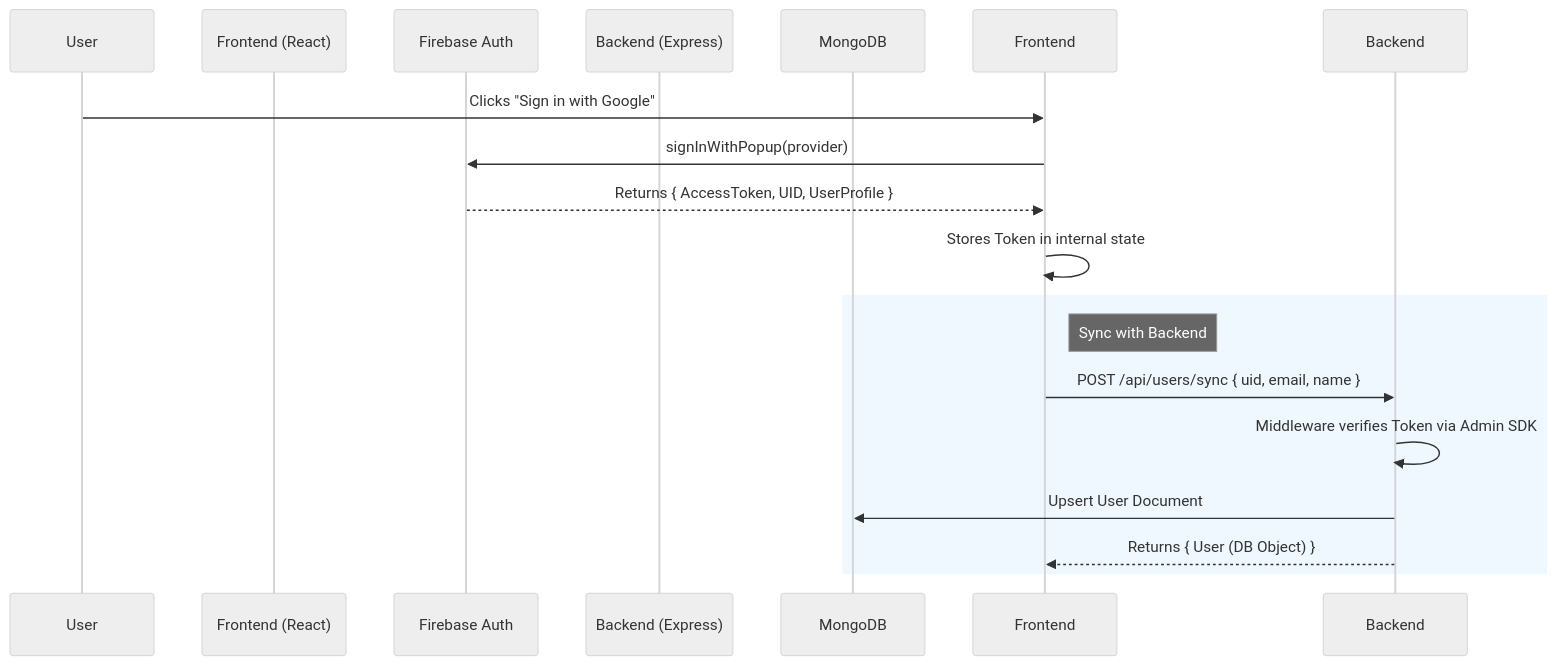
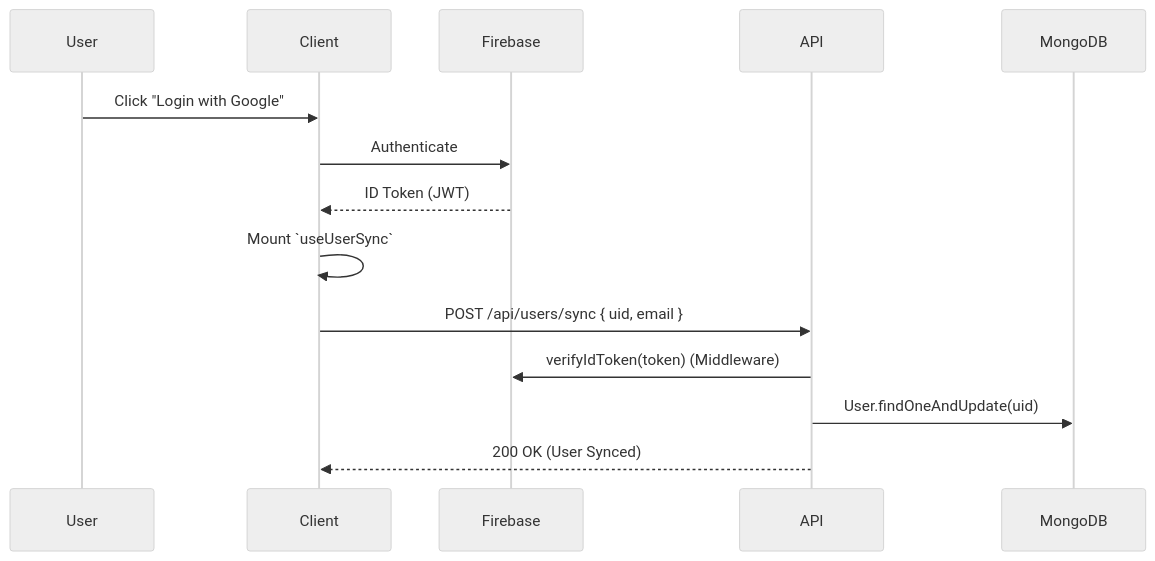
The diagram in ARCHITECTURE.md (zync-meet/Zync), drawn with Mermaid (neutral theme) before and after one commit. The commit also changed other lines of this file, not shown here.

Commit message:
docs: Comprehensive Architecture update with Frontend and Realtime internals

````diff
--- a/ARCHITECTURE.md
+++ b/ARCHITECTURE.md
@@ -23,21 +69,17 @@
 ```mermaid
 sequenceDiagram
     participant User
-    participant Frontend (React)
-    participant Firebase Auth
-    participant Backend (Express)
+    participant Client
+    participant Firebase
+    participant API
     participant MongoDB
 
-    User->>Frontend: Clicks "Sign in with Google"
-    Frontend->>Firebase Auth: signInWithPopup(provider)
-    Firebase Auth-->>Frontend: Returns { AccessToken, UID, UserProfile }
-    Frontend->>Frontend: Stores Token in internal state
-    
-    rect rgb(240, 248, 255)
-    note right of Frontend: Sync with Backend
-    Frontend->>Backend: POST /api/users/sync { uid, email, name }
-    Backend->>Backend: Middleware verifies Token via Admin SDK
-    Backend->>MongoDB: Upsert User Document
-    Backend-->>Frontend: Returns { User (DB Object) }
-    end
+    User->>Client: Click "Login with Google"
+    Client->>Firebase: Authenticate
+    Firebase-->>Client: ID Token (JWT)
+    Client->>Client: Mount `useUserSync`
+    Client->>API: POST /api/users/sync { uid, email }
+    API->>Firebase: verifyIdToken(token) (Middleware)
+    API->>MongoDB: User.findOneAndUpdate(uid)
+    API-->>Client: 200 OK (User Synced)
 ```
````
